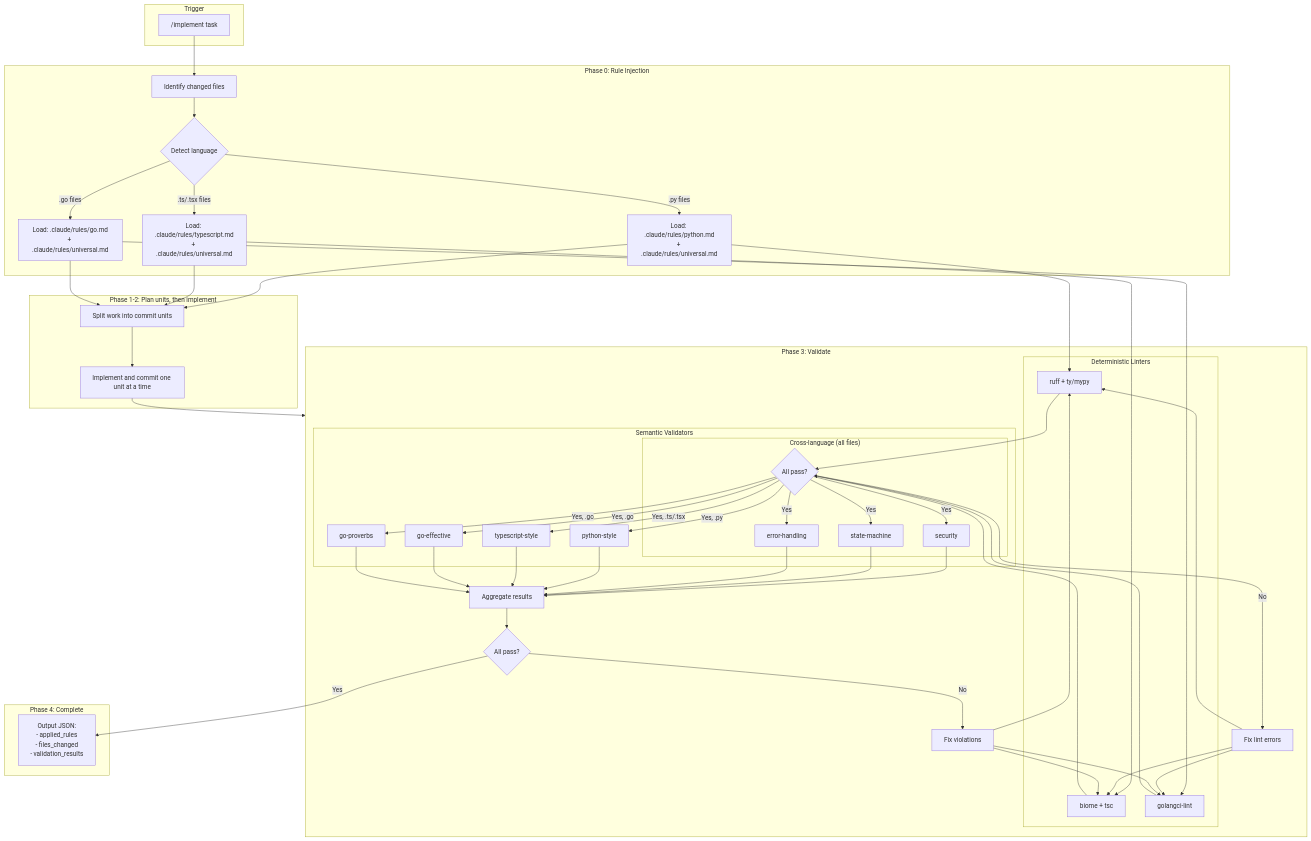
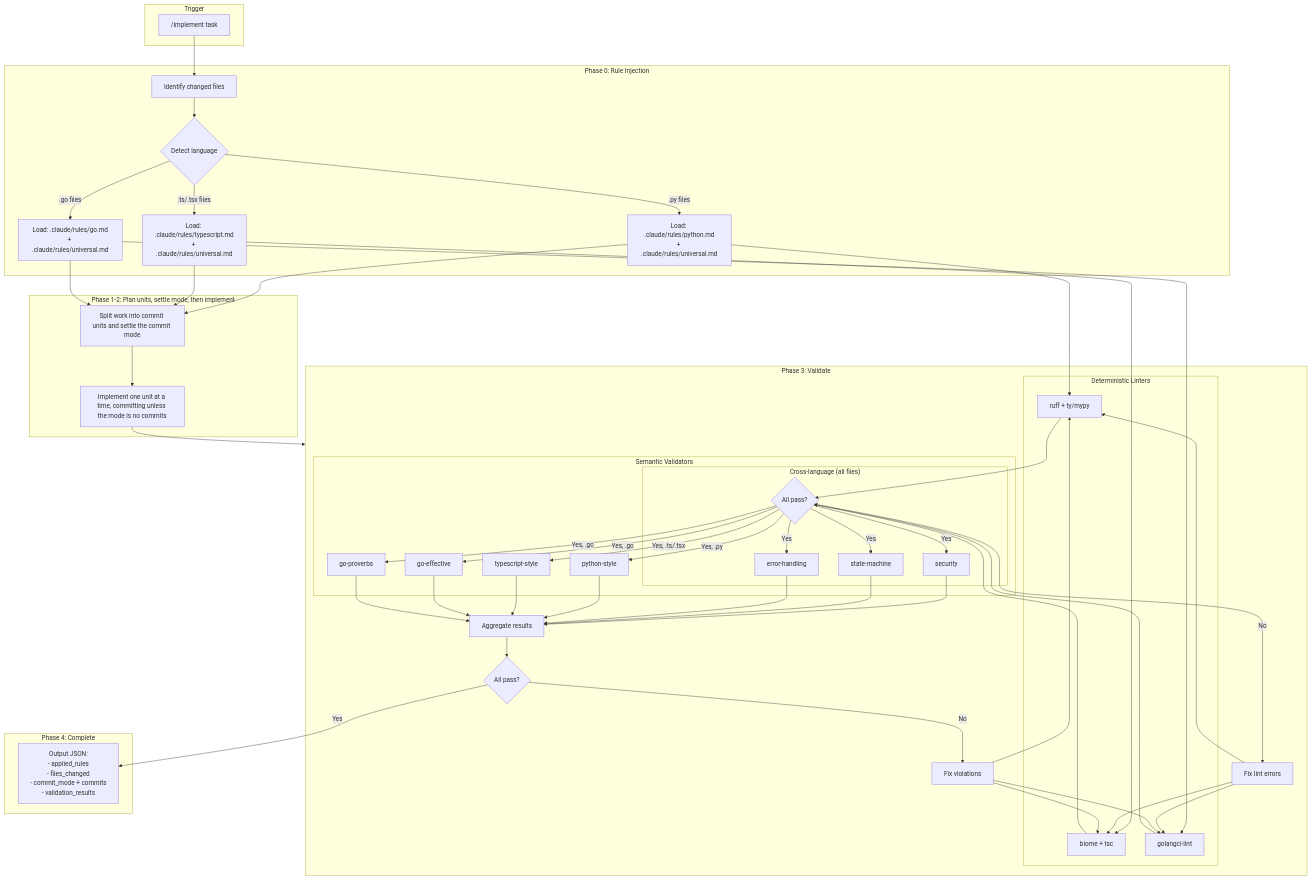
Before and after one commit to peteski22/agent-pragma: the second of 7 diagrams in ARCHITECTURE.md, drawn with Mermaid. The commit also changed other lines of this file and 1 other file, not shown here.

First line of the commit message:
docs: show the commit mode decision and both Phase 2 branches

````diff
--- a/ARCHITECTURE.md
+++ b/ARCHITECTURE.md
@@ -171,58 +175,58 @@
 ```mermaid
 flowchart TB
     subgraph Trigger["Trigger"]
         Start["/implement task"]
     end
 
     subgraph Phase0["Phase 0: Rule Injection"]
         P0[Identify changed files]
         P0 --> DetectLang{Detect language}
 
         DetectLang -->|.py files| PyRules["Load: .claude/rules/python.md<br/>+ .claude/rules/universal.md"]
         DetectLang -->|.ts/.tsx files| TSRules["Load: .claude/rules/typescript.md<br/>+ .claude/rules/universal.md"]
         DetectLang -->|.go files| GoRules["Load: .claude/rules/go.md<br/>+ .claude/rules/universal.md"]
     end
 
-    subgraph Phase12["Phase 1-2: Plan units, then implement"]
-        Plan[Split work into commit units]
-        Plan --> Impl[Implement and commit one unit at a time]
+    subgraph Phase12["Phase 1-2: Plan units, settle mode, then implement"]
+        Plan[Split work into commit units and settle the commit mode]
+        Plan --> Impl[Implement one unit at a time, committing unless the mode is no commits]
     end
 
     subgraph Phase3["Phase 3: Validate"]
         subgraph DetChecks["Deterministic Linters"]
             PyRules --> PyLint["ruff + ty/mypy"]
             TSRules --> TSLint["biome + tsc"]
             GoRules --> GoLint["golangci-lint"]
         end
 
         PyLint & TSLint & GoLint --> LintPass{All pass?}
         LintPass -->|No| FixLint[Fix lint errors]
         FixLint --> PyLint & TSLint & GoLint
 
         subgraph SemVal["Semantic Validators"]
             subgraph CrossLang["Cross-language (all files)"]
                 LintPass -->|Yes| SecVal["security"]
                 LintPass -->|Yes| StmVal["state-machine"]
                 LintPass -->|Yes| ErrVal["error-handling"]
             end
 
             LintPass -->|Yes, .py| PyStyle["python-style"]
             LintPass -->|Yes, .ts/.tsx| TSStyle["typescript-style"]
             LintPass -->|Yes, .go| GoEff["go-effective"]
             LintPass -->|Yes, .go| GoProv["go-proverbs"]
         end
 
         SecVal & StmVal & ErrVal & PyStyle & TSStyle & GoEff & GoProv --> Agg[Aggregate results]
         Agg --> ValPass{All pass?}
         ValPass -->|No| FixViol[Fix violations]
         FixViol --> PyLint & TSLint & GoLint
     end
 
     subgraph Phase4["Phase 4: Complete"]
-        ValPass -->|Yes| Output["Output JSON:<br/>- applied_rules<br/>- files_changed<br/>- validation_results"]
+        ValPass -->|Yes| Output["Output JSON:<br/>- applied_rules<br/>- files_changed<br/>- commit_mode + commits<br/>- validation_results"]
     end
 
     Start --> P0
     PyRules & TSRules & GoRules --> Plan
     Impl --> Phase3
 ```
````
